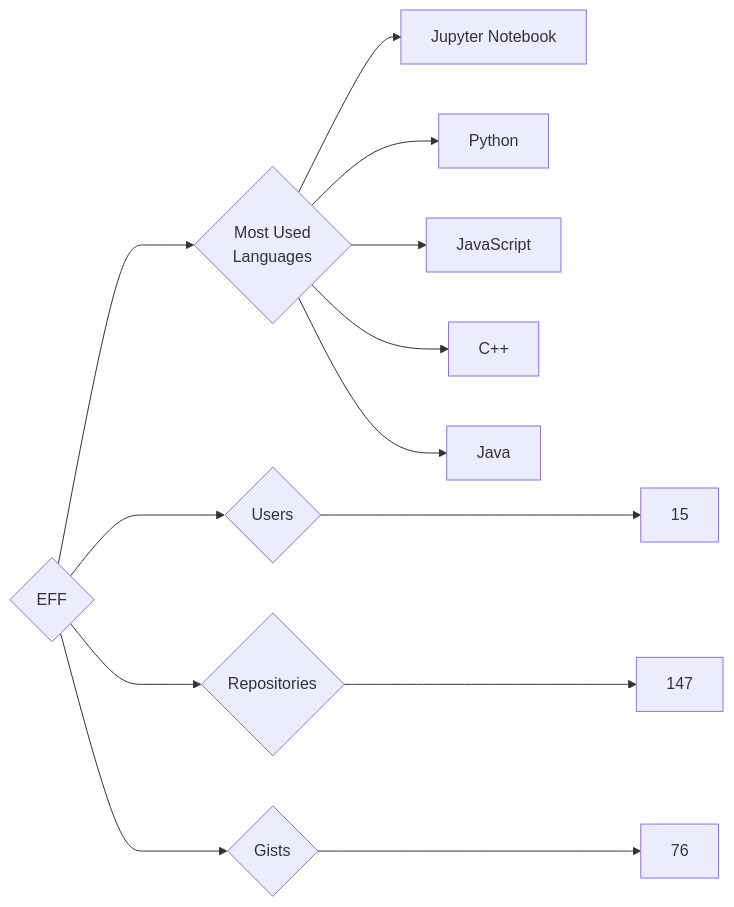
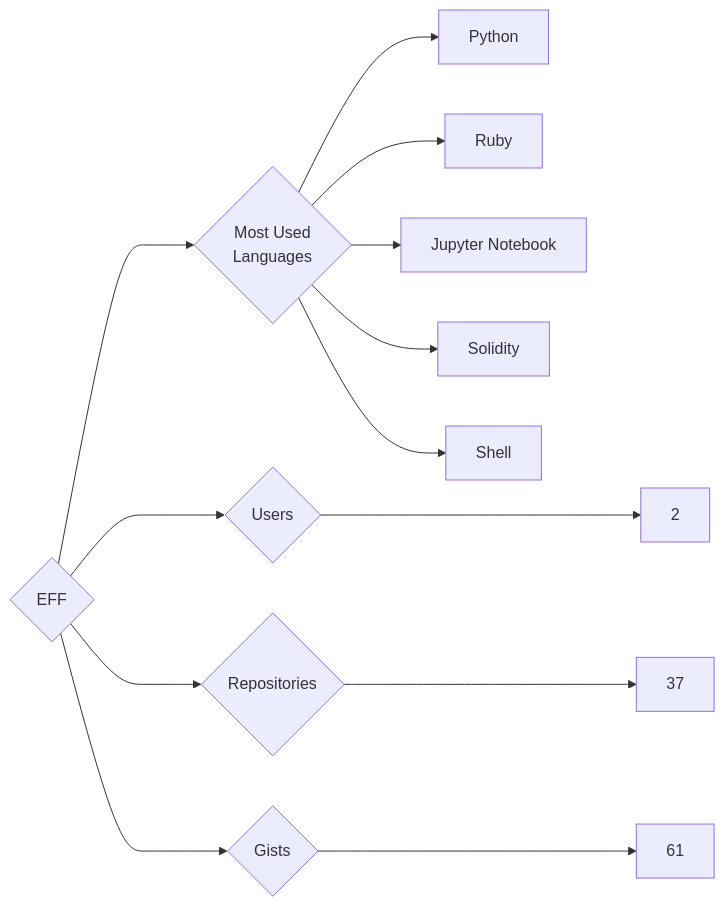
One commit to trickest/insiders changed the diagram in targets/EFF/README.md. Above: the diagram before and after it, drawn with Mermaid. The commit also changed 900 other files, not shown here.

````diff
--- a/targets/EFF/README.md
+++ b/targets/EFF/README.md
@@ -3,13 +3,13 @@
 ```mermaid
 graph LR
 COMPANY_NAME{EFF}
-COMPANY_NAME ---> U{Users} ---> UN[15]
-COMPANY_NAME ---> R{Repositories} ---> RN[147]
-COMPANY_NAME ---> G{Gists} ---> GN[76]
+COMPANY_NAME ---> U{Users} ---> UN[2]
+COMPANY_NAME ---> R{Repositories} ---> RN[37]
+COMPANY_NAME ---> G{Gists} ---> GN[61]
 COMPANY_NAME ---> ML{Most Used<br>Languages}
+ML --> Python[Python]
+ML --> Ruby[Ruby]
 ML --> Jupyter_Notebook[Jupyter Notebook]
-ML --> Python[Python]
-ML --> JavaScript[JavaScript]
-ML --> C++[C++]
-ML --> Java[Java]
+ML --> Solidity[Solidity]
+ML --> Shell[Shell]
 ```
````
